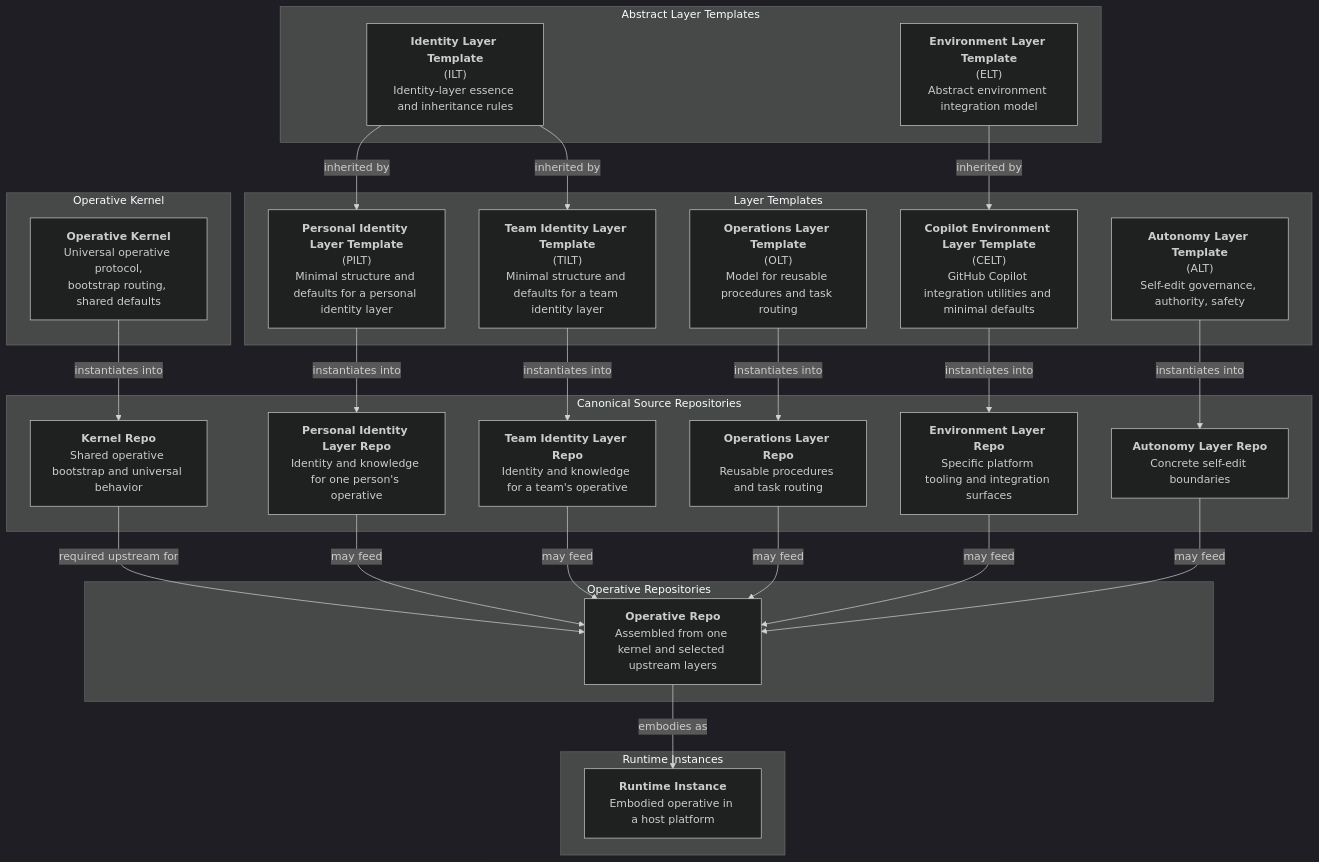
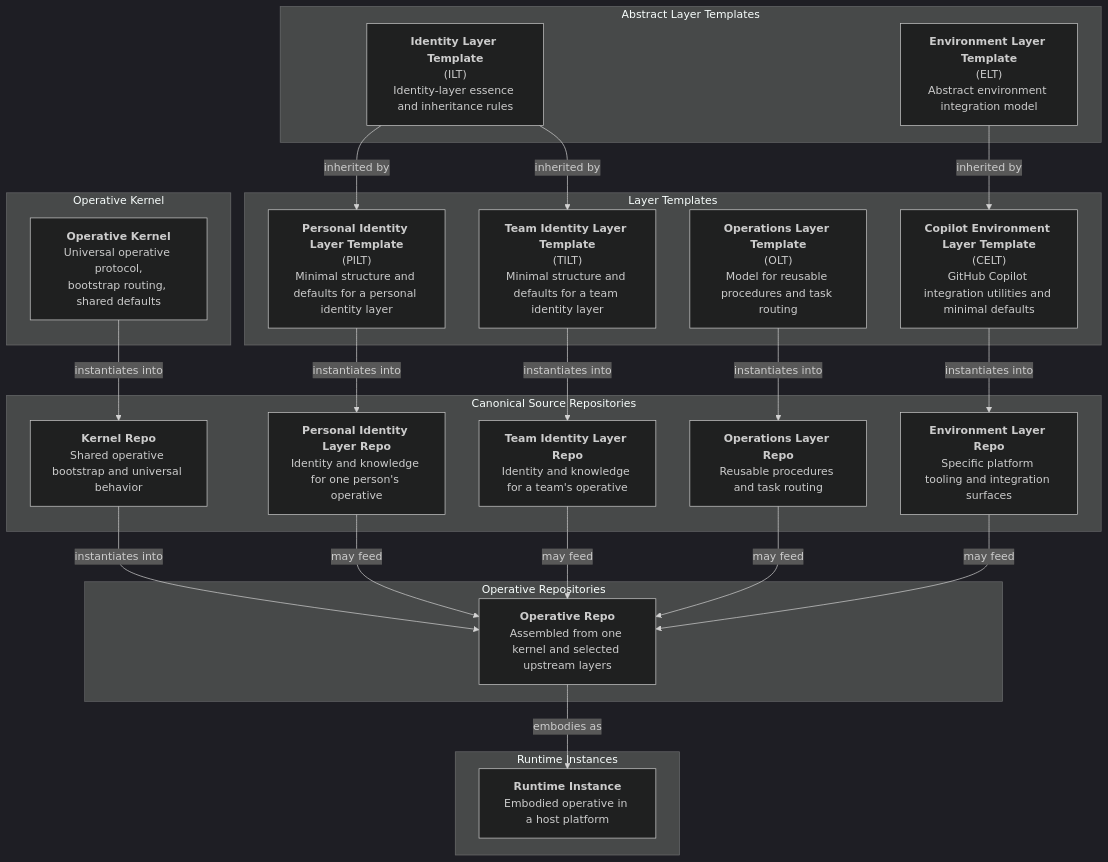
Before and after one commit to jack-indaboks/ai-operative-system: the diagram in ARCHITECTURE.md, drawn with Mermaid (dark theme). The commit also changed other lines of this file and 3 other files, not shown here.

````diff
--- a/ARCHITECTURE.md
+++ b/ARCHITECTURE.md
@@ -80,56 +94,52 @@
 ```mermaid
 flowchart TD
    subgraph KernelLayer[Operative Kernel]
       KRN["<b>Operative Kernel</b><br>Universal operative protocol,<br>bootstrap routing, shared defaults"]
    end
 
    subgraph AbstractTemplates[Abstract Layer Templates]
       ILT["<b>Identity Layer Template</b><br>(ILT)<br>Identity-layer essence and inheritance rules"]
       ELT["<b>Environment Layer Template</b><br>(ELT)<br>Abstract environment integration model"]
    end
 
    subgraph LayerTemplates[Layer Templates]
-      ALT["<b>Autonomy Layer Template</b><br>(ALT)<br>Self-edit governance, authority, safety"]
       OLT["<b>Operations Layer Template</b><br>(OLT)<br>Model for reusable procedures and task routing"]
       PILT["<b>Personal Identity Layer Template</b><br>(PILT)<br>Minimal structure and defaults for a personal identity layer"]
       TILT["<b>Team Identity Layer Template</b><br>(TILT)<br>Minimal structure and defaults for a team identity layer"]
       CELT["<b>Copilot Environment Layer Template</b><br>(CELT)<br>GitHub Copilot integration utilities and minimal defaults"]
    end
 
    subgraph SourceRepos[Canonical Source Repositories]
       KRR["<b>Kernel Repo</b><br>Shared operative bootstrap and universal behavior"]
       PIL["<b>Personal Identity Layer Repo</b><br>Identity and knowledge for one person's operative"]
       TIL["<b>Team Identity Layer Repo</b><br>Identity and knowledge for a team's operative"]
       OPR["<b>Operations Layer Repo</b><br>Reusable procedures and task routing"]
       ELR["<b>Environment Layer Repo</b><br>Specific platform tooling and integration surfaces"]
-      ALR["<b>Autonomy Layer Repo</b><br>Concrete self-edit boundaries"]
    end
 
    subgraph OperativeRepos[Operative Repositories]
       OPRT["<b>Operative Repo</b><br>Assembled from one kernel and selected upstream layers"]
    end
 
    subgraph RuntimeLayer[Runtime Instances]
       OP["<b>Runtime Instance</b><br>Embodied operative in a host platform"]
    end
 
    KRN -->|instantiates into| KRR
    ILT -->|inherited by| PILT
    ILT -->|inherited by| TILT
    ELT -->|inherited by| CELT
-   ALT -->|instantiates into| ALR
    OLT -->|instantiates into| OPR
 
    PILT -->|instantiates into| PIL
    TILT -->|instantiates into| TIL
    CELT -->|instantiates into| ELR
 
-   KRR -->|required upstream for| OPRT
+   KRR -->|instantiates into| OPRT
    PIL -->|may feed| OPRT
    TIL -->|may feed| OPRT
    OPR -->|may feed| OPRT
    ELR -->|may feed| OPRT
-   ALR -->|may feed| OPRT
 
    OPRT -->|embodies as| OP
 ```
````
